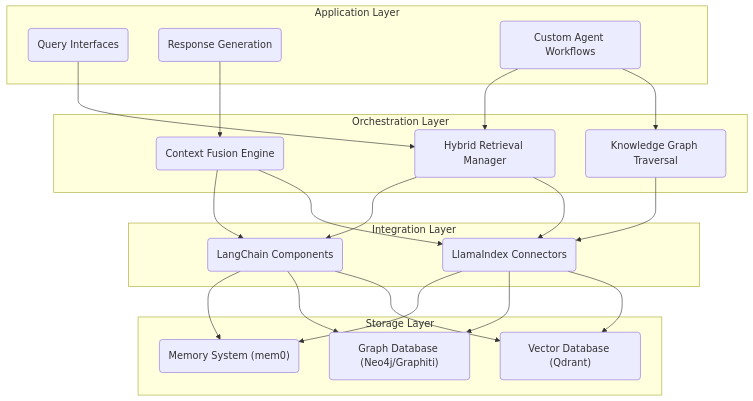
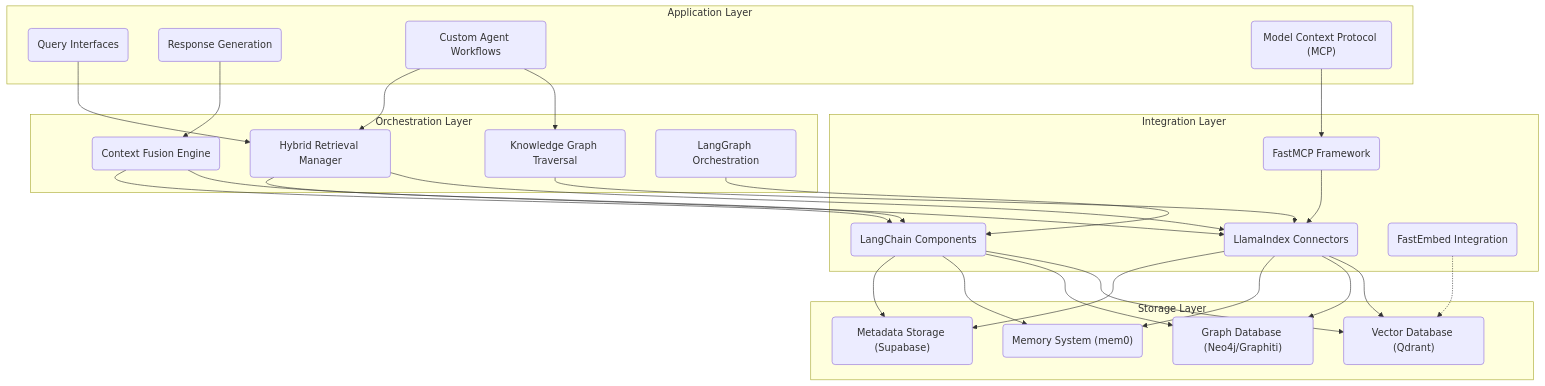
The first of 9 diagrams in README.md (yooeonwoo/enhanced-mem-vector-rag), drawn with Mermaid before and after one commit. The commit also changed other lines of this file and 19 other files, not shown here.

First line of the commit message:
docs(architecture): update docs and project configuration

````diff
--- a/README.md
+++ b/README.md
@@ -63,43 +65,54 @@
 ```mermaid
 graph TD
     subgraph "Application Layer"
         QueryInterface("Query Interfaces")
         ResponseGen("Response Generation")
         AgentWorkflows("Custom Agent Workflows")
+        MCP("Model Context Protocol (MCP)")
     end
 
     subgraph "Orchestration Layer"
         HybridManager("Hybrid Retrieval Manager")
         ContextFusion("Context Fusion Engine")
         GraphTraversal("Knowledge Graph Traversal")
+        LangGraph("LangGraph Orchestration")
     end
 
     subgraph "Integration Layer"
         LlamaIndexConn("LlamaIndex Connectors")
         LangChainComp("LangChain Components")
+        FastEmbed("FastEmbed Integration")
+        FastMCP("FastMCP Framework")
     end
 
     subgraph "Storage Layer"
         Qdrant("Vector Database (Qdrant)")
         Neo4j("Graph Database (Neo4j/Graphiti)")
         Mem0("Memory System (mem0)")
+        Supabase("Metadata Storage (Supabase)")
     end
 
     QueryInterface --> HybridManager
     ResponseGen --> ContextFusion
     AgentWorkflows --> GraphTraversal
     AgentWorkflows --> HybridManager
+    MCP --> FastMCP
     
+    LangGraph --> LangChainComp
     HybridManager --> LlamaIndexConn
     HybridManager --> LangChainComp
     ContextFusion --> LlamaIndexConn
     ContextFusion --> LangChainComp
     GraphTraversal --> LlamaIndexConn
+    FastMCP --> LlamaIndexConn
     
+    FastEmbed -.-> Qdrant
     LlamaIndexConn --> Qdrant
     LlamaIndexConn --> Neo4j
     LlamaIndexConn --> Mem0
+    LlamaIndexConn --> Supabase
     LangChainComp --> Qdrant
     LangChainComp --> Neo4j
     LangChainComp --> Mem0
+    LangChainComp --> Supabase
 ```
````
